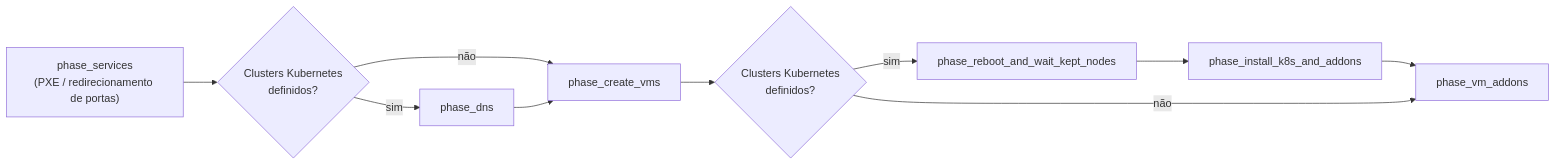
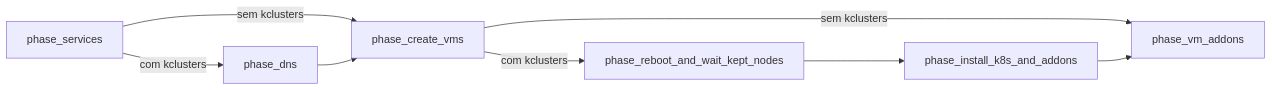
The second of 5 diagrams in README.pt-BR.md (rmahique/lab-in-a-box), drawn with Mermaid before and after one commit. The commit also changed other lines of this file and 7 other files, not shown here.

````diff
--- a/README.pt-BR.md
+++ b/README.pt-BR.md
@@ -140,12 +135,10 @@
 ```mermaid
 flowchart LR
-    A["phase_services<br/>(PXE / redirecionamento de portas)"] --> B{"Clusters Kubernetes<br/>definidos?"}
-    B -- sim --> C["phase_dns"]
-    B -- não --> D["phase_create_vms"]
-    C --> D
-    D --> E{"Clusters Kubernetes<br/>definidos?"}
-    E -- sim --> F["phase_reboot_and_wait_kept_nodes"]
+    A["phase_services"] -->|"com kclusters"| C["phase_dns"]
+    A -->|"sem kclusters"| D["phase_create_vms"]
+    C --> D["phase_create_vms"]
+    D -->|"com kclusters"| F["phase_reboot_and_wait_kept_nodes"]
+    D -->|"sem kclusters"| H["phase_vm_addons"]
     F --> G["phase_install_k8s_and_addons"]
     G --> H["phase_vm_addons"]
-    E -- não --> H
 ```
````
